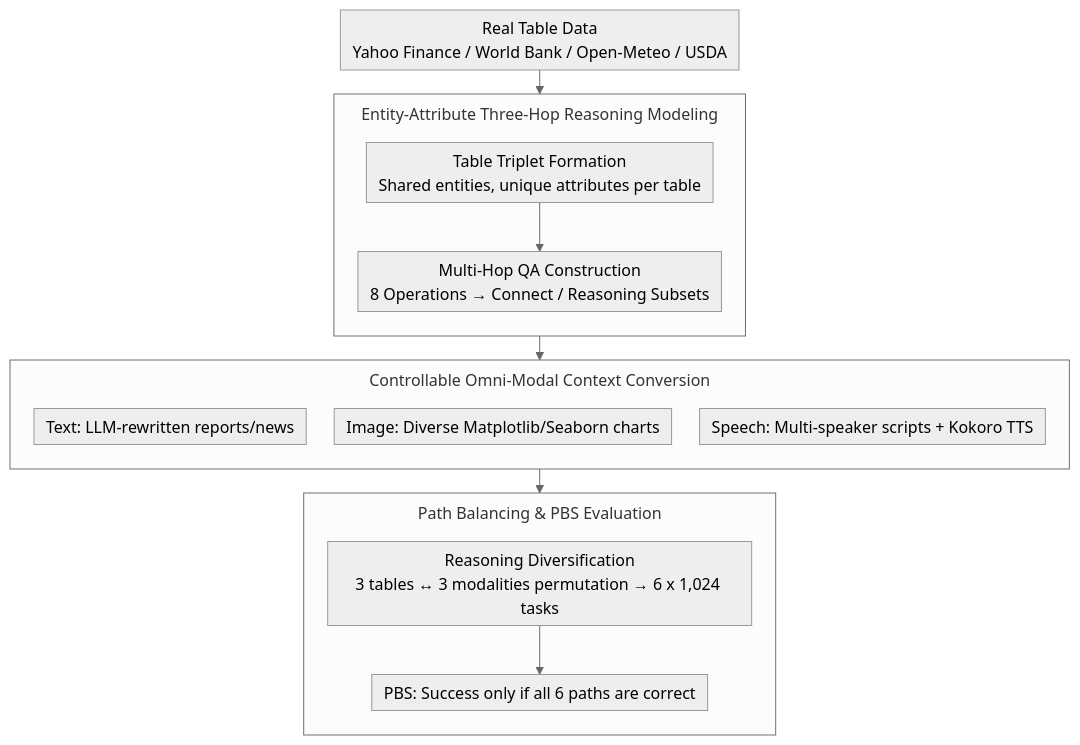
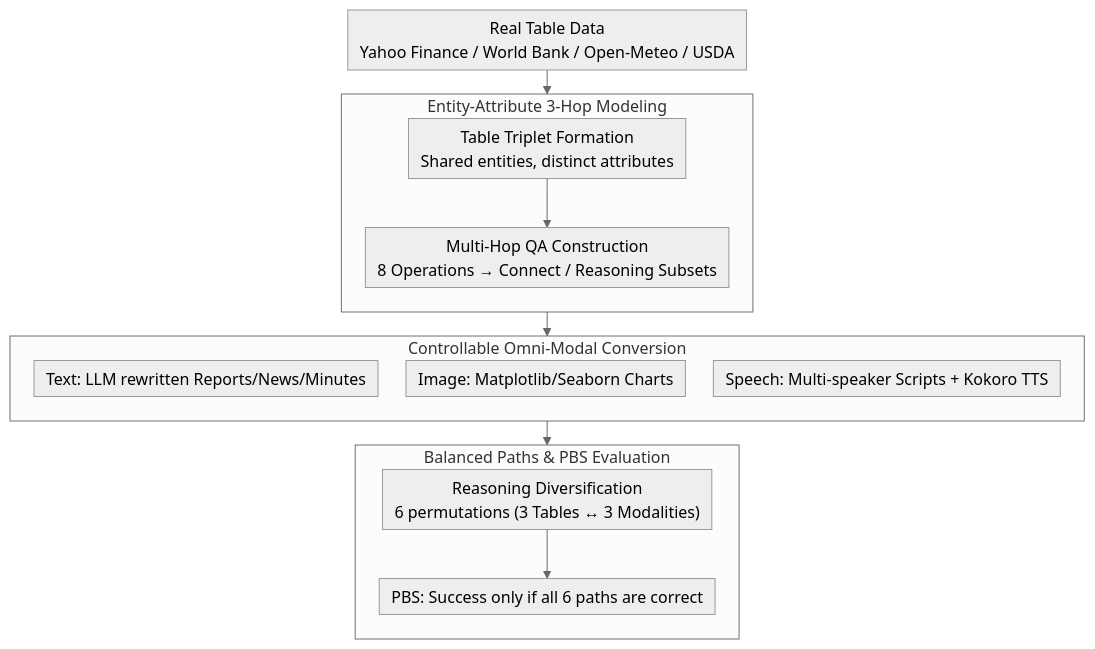
The diagram in docs/ACL2026/vlm_reasoning/omhbench_benchmarking_balanced_and_grounded_omni-modal_multi-hop_reasoning.md (zhaoyang97/Paper-Notes-en), drawn with Mermaid (neutral theme) before and after one commit. The commit also changed other lines of this file and 5084 other files, not shown here.

````diff
--- a/docs/ACL2026/vlm_reasoning/omhbench_benchmarking_balanced_and_grounded_omni-modal_multi-hop_reasoning.md
+++ b/docs/ACL2026/vlm_reasoning/omhbench_benchmarking_balanced_and_grounded_omni-modal_multi-hop_reasoning.md
@@ -51,24 +51,24 @@
 ```mermaid
-%%{init: {'flowchart': {'rankSpacing': 24, 'nodeSpacing': 28, 'padding': 6, 'wrappingWidth': 400, 'subGraphTitleMargin': {'top': 8, 'bottom': 16}}}}%%
+%%{init: {'flowchart': {'rankSpacing': 24, 'nodeSpacing': 28, 'padding': 6, 'wrappingWidth': 400}}}%%
 flowchart TD
     A["Real Table Data<br/>Yahoo Finance / World Bank / Open-Meteo / USDA"]
-    subgraph D1["Entity-Attribute Three-Hop Reasoning Modeling"]
+    subgraph D1["Entity-Attribute 3-Hop Modeling"]
         direction TB
-        B["Table Triplet Formation<br/>Shared entities, unique attributes per table"]
+        B["Table Triplet Formation<br/>Shared entities, distinct attributes"]
         C["Multi-Hop QA Construction<br/>8 Operations → Connect / Reasoning Subsets"]
         B --> C
     end
-    subgraph D2["Controllable Omni-Modal Context Conversion"]
+    subgraph D2["Controllable Omni-Modal Conversion"]
         direction TB
-        T["Text: LLM-rewritten reports/news"]
-        I["Image: Diverse Matplotlib/Seaborn charts"]
-        S["Speech: Multi-speaker scripts + Kokoro TTS"]
+        T["Text: LLM rewritten Reports/News/Minutes"]
+        I["Image: Matplotlib/Seaborn Charts"]
+        S["Speech: Multi-speaker Scripts + Kokoro TTS"]
     end
-    subgraph D3["Path Balancing & PBS Evaluation"]
+    subgraph D3["Balanced Paths & PBS Evaluation"]
         direction TB
-        E["Reasoning Diversification<br/>3 tables ↔ 3 modalities permutation → 6 x 1,024 tasks"]
+        E["Reasoning Diversification<br/>6 permutations (3 Tables ↔ 3 Modalities)"]
         F["PBS: Success only if all 6 paths are correct"]
         E --> F
     end
     A --> D1 --> D2 --> D3
 ```
````
